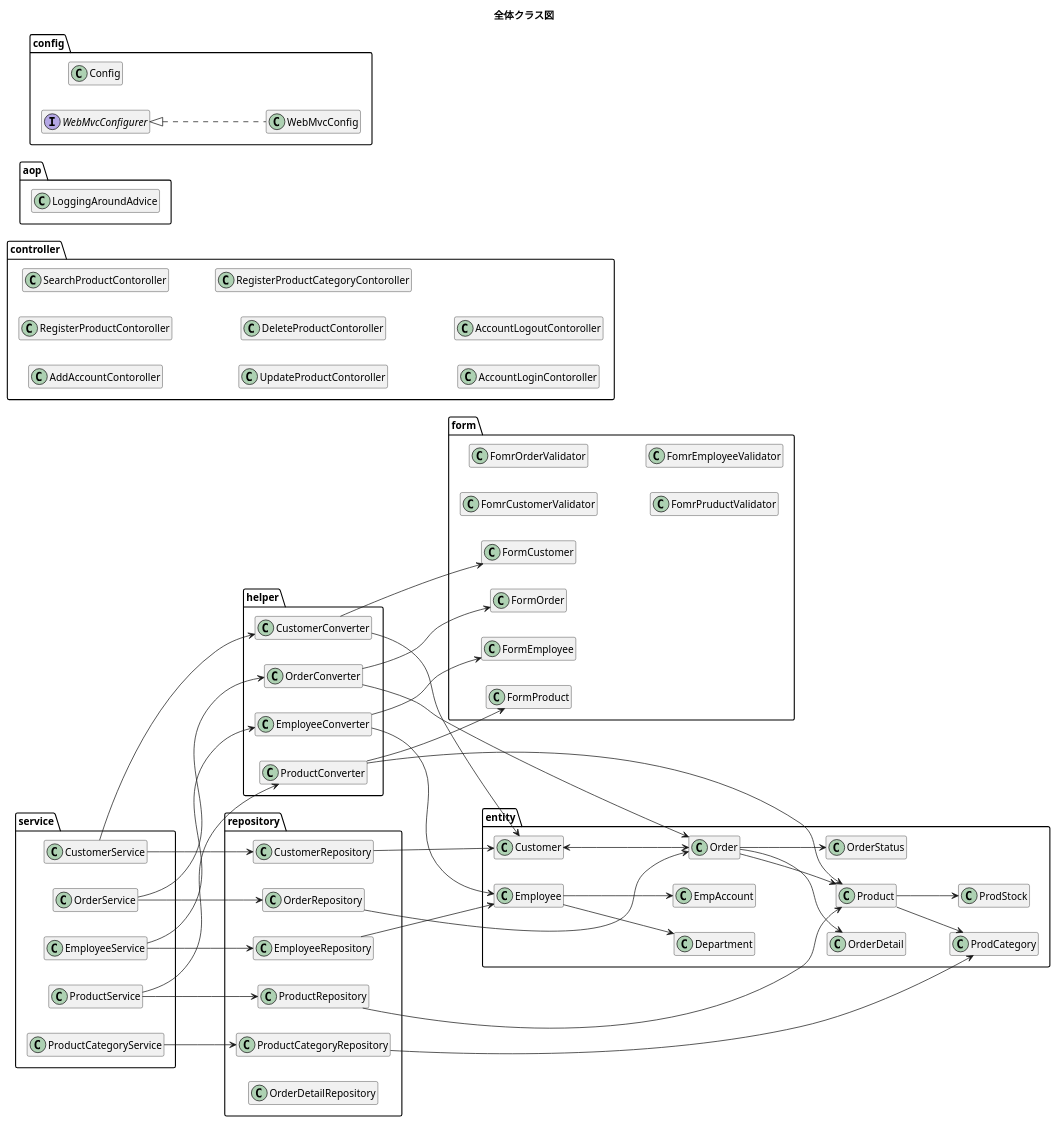
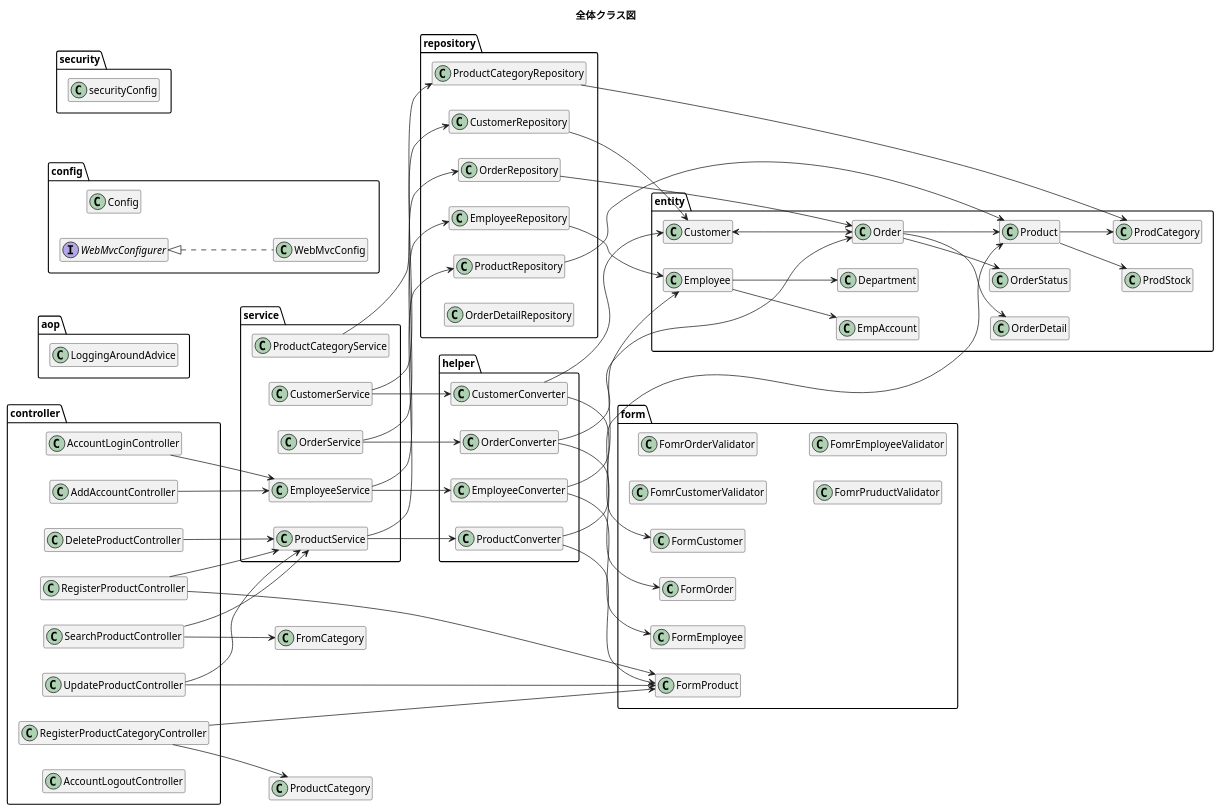
The diagram in plan/uml/class/all.plantuml (kanavii3333/ec-b), drawn with PlantUML before and after one commit. The commit also changed 2 other files, not shown here.

```diff
--- a/plan/uml/class/all.plantuml
+++ b/plan/uml/class/all.plantuml
@@ -1,180 +1,196 @@
 @startuml
 title 全体クラス図
 hide empty members
 left to right direction
 
 package entity{
     class Customer{
     }
 
     class Order{
     }
 
     class OrderDetail{
     }
 
     class OrderStatus{
     }
 
     class Product{
     }
 
     class ProdCategory{
     }
 
     class ProdStock{
     }
 
     class Employee{
     }
 
     class Department{
     }
 
     class EmpAccount{
     }
 }
 
 Customer <--> Order
 Order --> OrderStatus
 Order --> OrderDetail
 Order --> Product
 Product --> ProdStock
 Product --> ProdCategory
 Employee --> EmpAccount
 Employee --> Department
 
 package form{
     class FormCustomer{
     }
 
     class FormOrder{
     }
 
     class FormProduct{
     }
 
     class FormEmployee{
     }
     
     class FomrCustomerValidator{
     }
     
     class FomrOrderValidator{
     }
     
     class FomrPruductValidator{
     }
     
     class FomrEmployeeValidator{
     }
 }
 
 package helper{
     class CustomerConverter{
     }
 
     class OrderConverter{
     }
 
     class ProductConverter{
     }
 
     class EmployeeConverter{
     }
 }
 CustomerConverter --> Customer
 CustomerConverter --> FormCustomer
 OrderConverter --> Order
 OrderConverter --> FormOrder
 ProductConverter --> Product
 ProductConverter --> FormProduct
 EmployeeConverter --> Employee
 EmployeeConverter --> FormEmployee
 
 package repository{
     class CustomerRepository{
     }
 
     class OrderRepository{
     }
 
     class ProductRepository{
     }
 
     class EmployeeRepository{
     }
 
     class ProductCategoryRepository{
     }
 
     class OrderDetailRepository{
     }
 }
 
 package service{
     class CustomerService{
     }
     
     class OrderService{
     }
     
     class ProductService{
     }
 
     class EmployeeService{
     }
     
     class ProductCategoryService{
     }
 }
 
 CustomerService --> CustomerConverter
 OrderService --> OrderConverter
 ProductService --> ProductConverter
 EmployeeService --> EmployeeConverter
 
 CustomerService --> CustomerRepository
 OrderService --> OrderRepository
 ProductService --> ProductRepository
 EmployeeService --> EmployeeRepository
 ProductCategoryService --> ProductCategoryRepository
 
 CustomerRepository --> Customer
 OrderRepository --> Order
 ProductRepository --> Product
 EmployeeRepository --> Employee
 ProductCategoryRepository --> ProdCategory
 
 
 package controller{
-    class AddAccountContoroller{
+    class AddAccountController{
     }
-    class RegisterProductContoroller{
+    class RegisterProductController{
     }
-    class SearchProductContoroller{
+    class SearchProductController{
     }
-    class UpdateProductContoroller{
+    class UpdateProductController{
     }
-    class DeleteProductContoroller{
+    class DeleteProductController{
     }
-    class RegisterProductCategoryContoroller{
+    class RegisterProductCategoryController{
     }
-    class AccountLoginContoroller{
+    class AccountLoginController{
     }
-    class AccountLogoutContoroller{
+    class AccountLogoutController{
     }
 }
+AddAccountController --> EmployeeService
+RegisterProductController --> FormProduct
+RegisterProductController --> ProductService
+SearchProductController -->	ProductService
+SearchProductController --> FromCategory
+UpdateProductController --> FormProduct
+UpdateProductController --> ProductService
+DeleteProductController --> ProductService
+RegisterProductCategoryController --> FormProduct
+RegisterProductCategoryController --> ProductCategory
+AccountLoginController --> EmployeeService
 
 package aop{
    class LoggingAroundAdvice {
    }
 }
 
 package config{
     class Config{
     }
     class WebMvcConfig implements WebMvcConfigurer {
     }
 }
+
+package security{
+   class securityConfig{
+   }
+}
 @enduml
```
